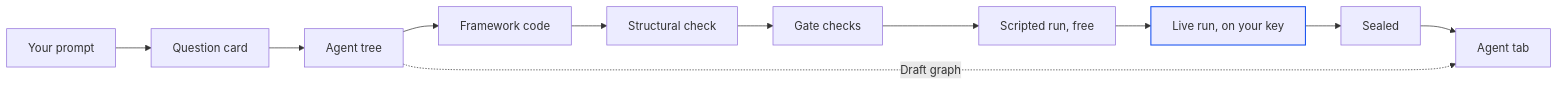
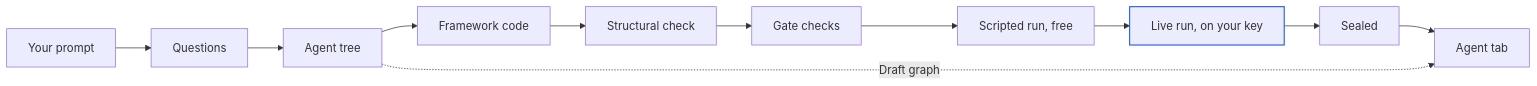
One commit to suyash-lyzr/alpha-documentation changed the diagram in agents/build-an-agent.mdx. Above: the diagram before and after it, drawn with Mermaid. The commit also changed other lines of this file and 6 other files, not shown here.

````diff
--- a/agents/build-an-agent.mdx
+++ b/agents/build-an-agent.mdx
@@ -76,15 +76,15 @@
 ```mermaid
 flowchart LR
-  A[Your prompt] --> B[Question card]
+  A[Your prompt] --> B[Questions]
   B --> C[Agent tree]
   C --> D[Framework code]
   D --> E[Structural check]
   E --> F[Gate checks]
   F --> G["Scripted run, free"]
   G --> H["Live run, on your key"]
   H --> I[Sealed]
   I --> J[Agent tab]
   C -.->|Draft graph| J
   classDef focus stroke:#1A54F0,stroke-width:1.5px;
   class H focus;
 ```
````
